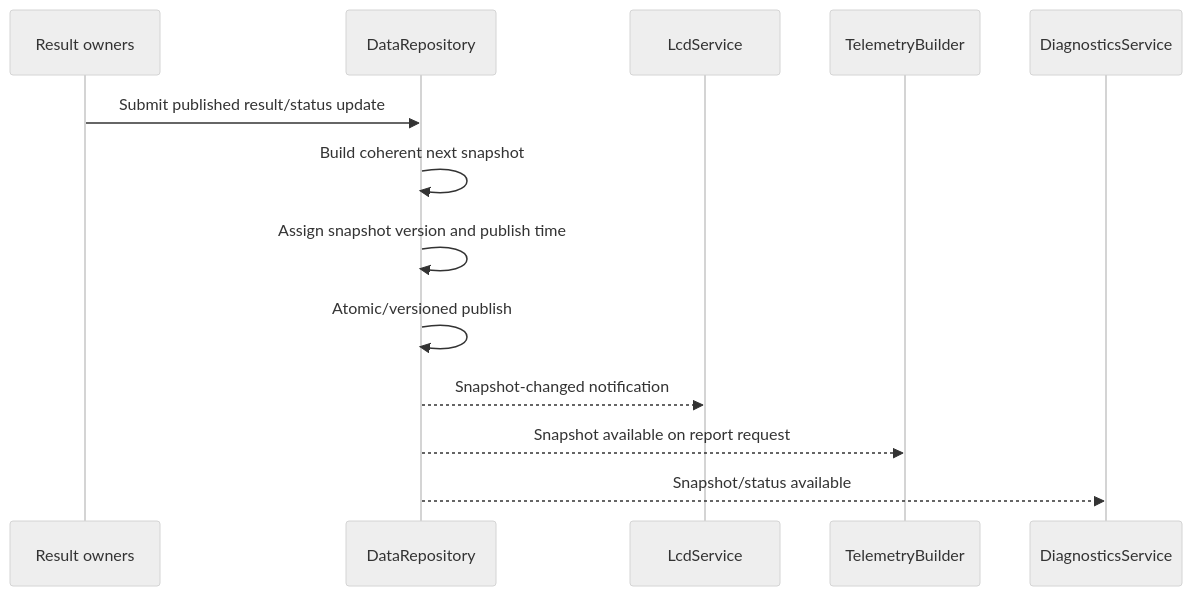
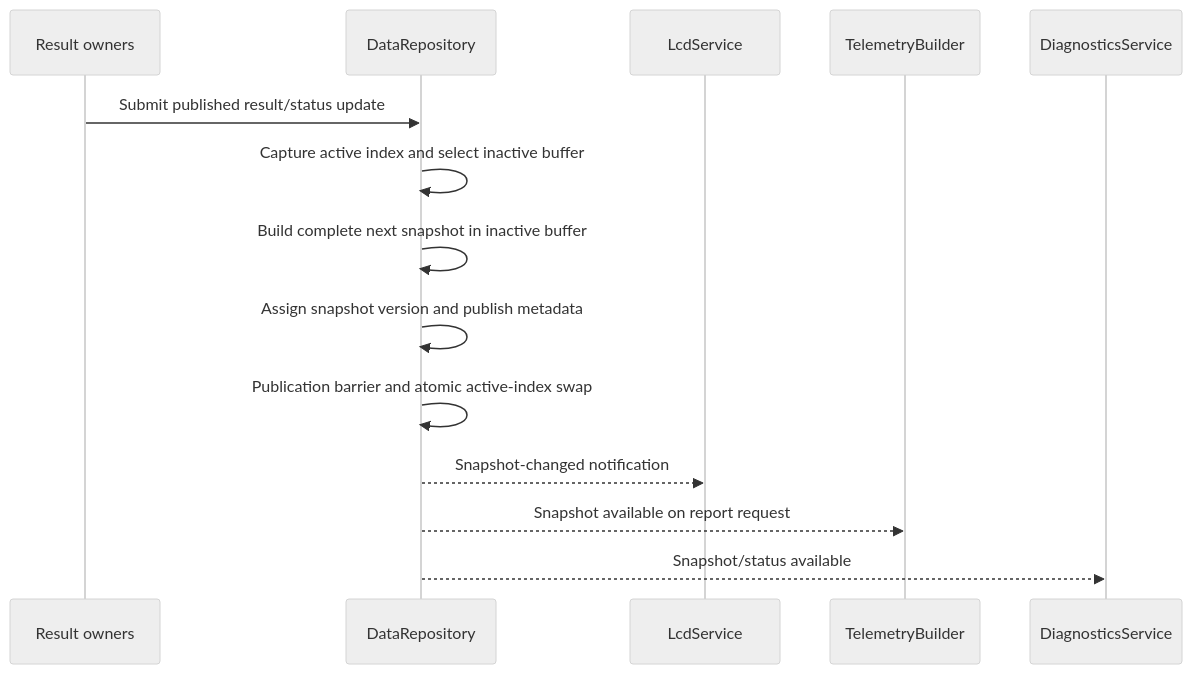
One commit to whoisLePhuc/smart-water-flow-pressure-monitor changed the tenth of 27 diagrams in 1.docs/00_overview/05_sequence_diagrams.md. Above: the diagram before and after it, drawn with Mermaid (neutral theme). The commit also changed other lines of this file and 11 other files, not shown here.

````diff
--- a/1.docs/00_overview/05_sequence_diagrams.md
+++ b/1.docs/00_overview/05_sequence_diagrams.md
@@ -413,16 +413,17 @@
 ```mermaid
 sequenceDiagram
     participant OWNER as Result owners
     participant DR as DataRepository
     participant LCD as LcdService
     participant TEL as TelemetryBuilder
     participant DIAG as DiagnosticsService
 
     OWNER->>DR: Submit published result/status update
-    DR->>DR: Build coherent next snapshot
-    DR->>DR: Assign snapshot version and publish time
-    DR->>DR: Atomic/versioned publish
+    DR->>DR: Capture active index and select inactive buffer
+    DR->>DR: Build complete next snapshot in inactive buffer
+    DR->>DR: Assign snapshot version and publish metadata
+    DR->>DR: Publication barrier and atomic active-index swap
     DR-->>LCD: Snapshot-changed notification
     DR-->>TEL: Snapshot available on report request
     DR-->>DIAG: Snapshot/status available
 ```
````
